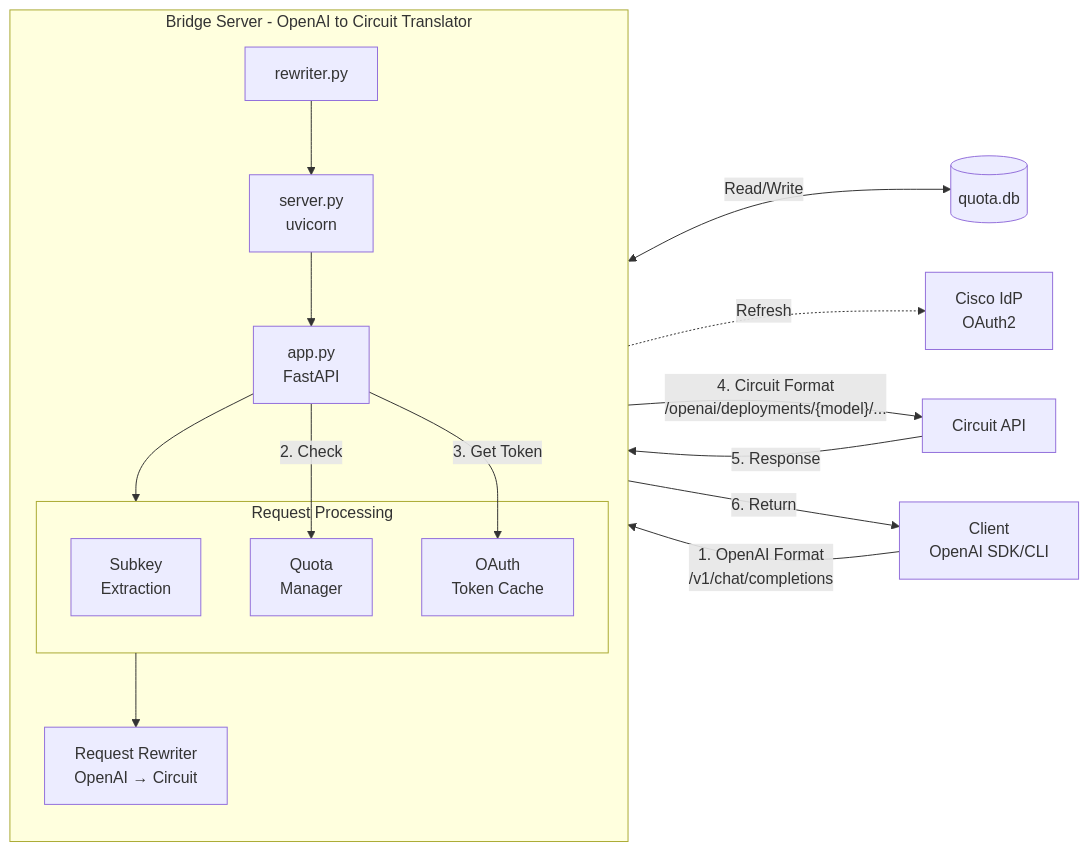
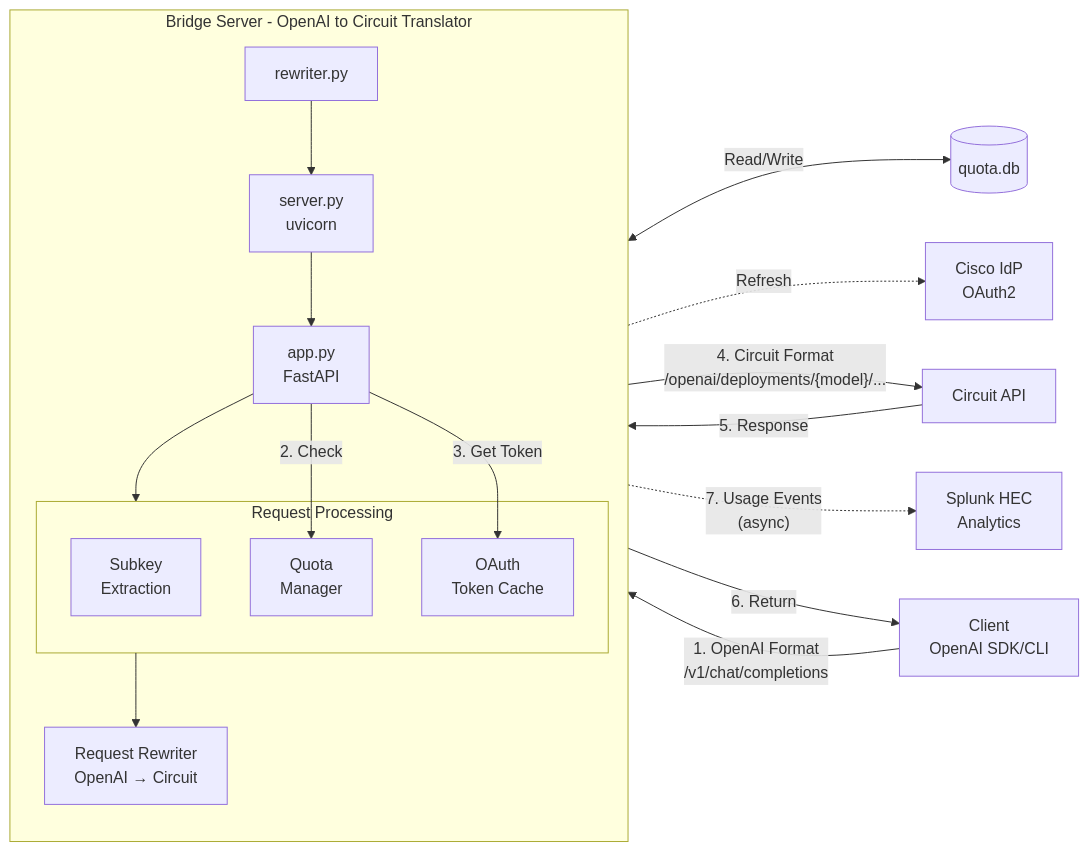
The first of 2 diagrams in docs/architecture/architecture.md (dconnett-splunk/oai-to-circuit), drawn with Mermaid before and after one commit. The commit also changed other lines of this file, not shown here.

First line of the commit message:
Docs(architecture): Add Splunk analytics

````diff
--- a/docs/architecture/architecture.md
+++ b/docs/architecture/architecture.md
@@ -21,36 +21,38 @@
 ```mermaid
 flowchart LR
     Client[Client<br/>OpenAI SDK/CLI]
     
     subgraph Bridge["Bridge Server - OpenAI to Circuit Translator"]
         direction TB
         Entry[rewriter.py]
         Server[server.py<br/>uvicorn]
         App[app.py<br/>FastAPI]
         
         subgraph Processing["Request Processing"]
             Subkey[Subkey<br/>Extraction]
             Quota[Quota<br/>Manager]
             OAuth[OAuth<br/>Token Cache]
         end
         
         Rewriter[Request Rewriter<br/>OpenAI → Circuit]
         
         Entry --> Server --> App
         App --> Processing
         Processing --> Rewriter
     end
     
     QuotaDB[(quota.db)]
     IdP[Cisco IdP<br/>OAuth2]
     Circuit[Circuit API]
+    Splunk[Splunk HEC<br/>Analytics]
     
     Client -->|"1. OpenAI Format<br/>/v1/chat/completions"| App
     App -->|2. Check| Quota
     Quota <-->|Read/Write| QuotaDB
     App -->|3. Get Token| OAuth
     OAuth -.->|Refresh| IdP
     Rewriter -->|"4. Circuit Format<br/>/openai/deployments/{model}/..."| Circuit
     Circuit -->|5. Response| App
+    App -.->|"7. Usage Events<br/>(async)"| Splunk
     App -->|6. Return| Client
 ```
````
